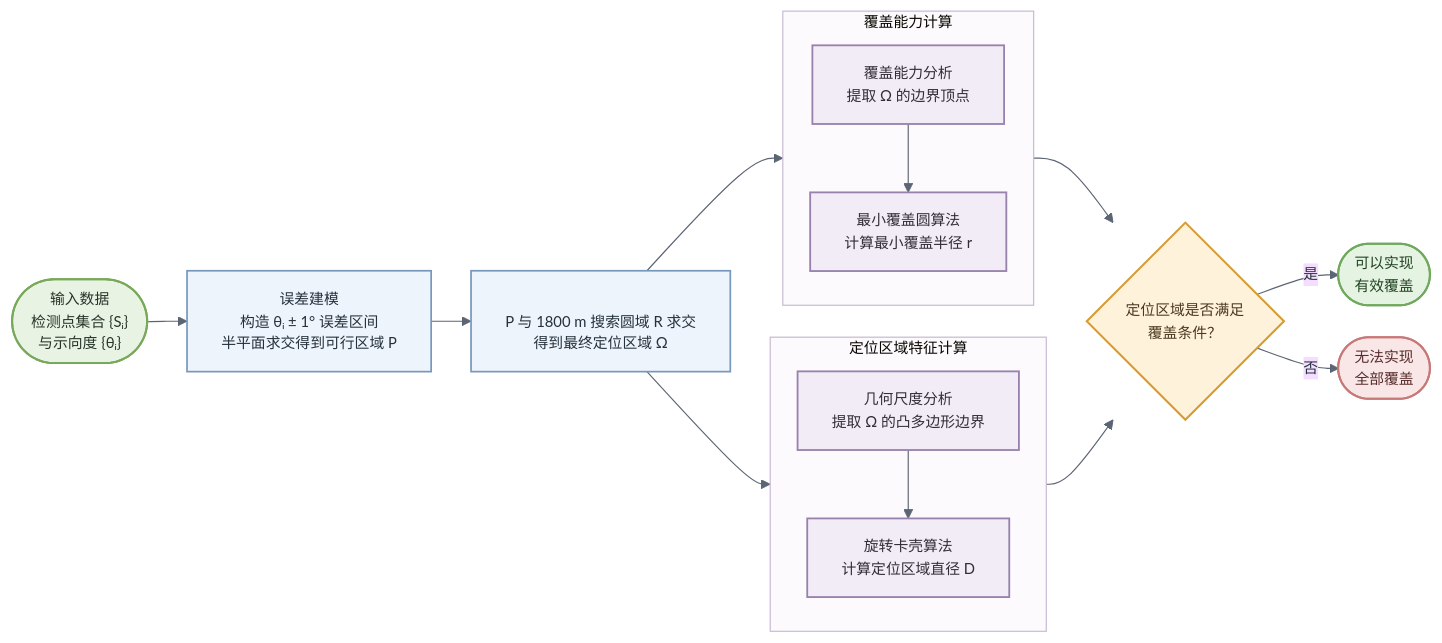
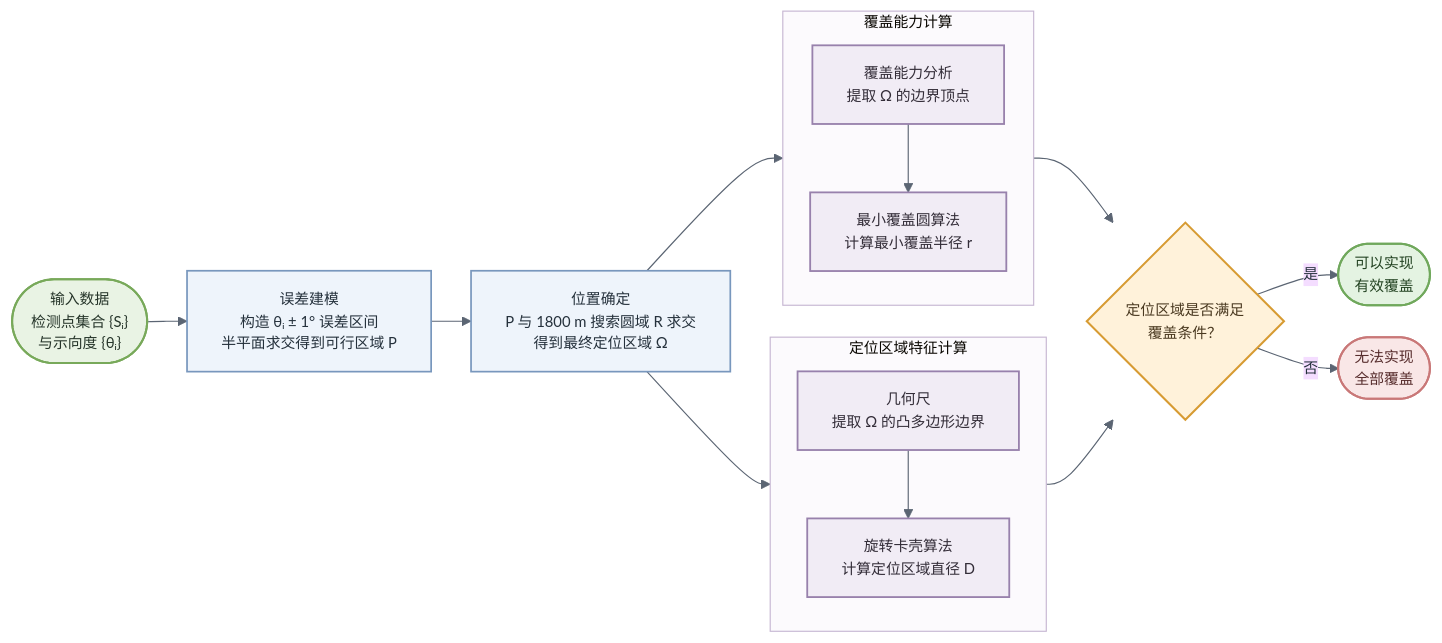
One commit to Kristine922/iodraw-files changed the diagram in all/未命名.md. Above: the diagram before and after it, drawn with Mermaid.

Commit message:
2026-09-11 18:56:00 update

```diff
--- a/all/未命名.md
+++ b/all/未命名.md
@@ -23,7 +23,7 @@
 
 B["误差建模<br/>构造 θᵢ ± 1° 误差区间<br/>半平面求交得到可行区域 P"]
 
-C["<br/>P 与 1800 m 搜索圆域 R 求交<br/>得到最终定位区域 Ω"]
+C["位置确定<br/>P 与 1800 m 搜索圆域 R 求交<br/>得到最终定位区域 Ω"]
 
 A --> B --> C
 
@@ -37,7 +37,7 @@
 subgraph S1["定位区域特征计算"]
 direction TB
 
-G["几何尺度分析<br/>提取 Ω 的凸多边形边界"]
+G["几何尺<br/>提取 Ω 的凸多边形边界"]
 
 I["旋转卡壳算法<br/>计算定位区域直径 D"]
 
```
